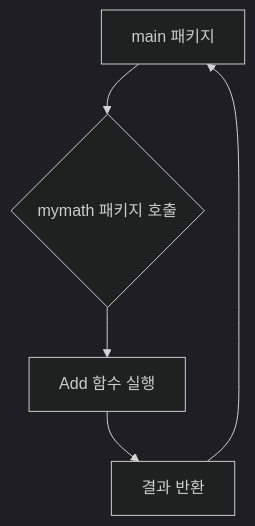
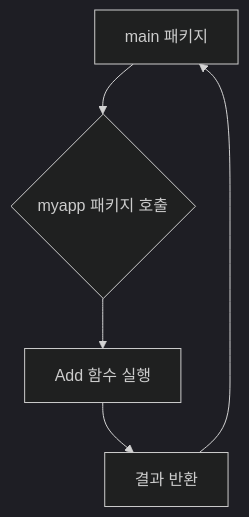
The diagram in _posts/03.코딩/golang/2024-10-25-Go언어-패키지,모듈.md (leekh4232/hossam-blog), drawn with Mermaid (dark theme) before and after one commit. The commit also changed other lines of this file, not shown here.

````diff
--- a/_posts/03.코딩/golang/2024-10-25-Go언어-패키지,모듈.md
+++ b/_posts/03.코딩/golang/2024-10-25-Go언어-패키지,모듈.md
@@ -37,7 +74,7 @@
 ```mermaid
 graph TD
-    A[main 패키지] --> B{mymath 패키지 호출};
+    A[main 패키지] --> B{myapp 패키지 호출};
     B --> C[Add 함수 실행];
     C --> D[결과 반환];
     D --> A;
 ```
````
